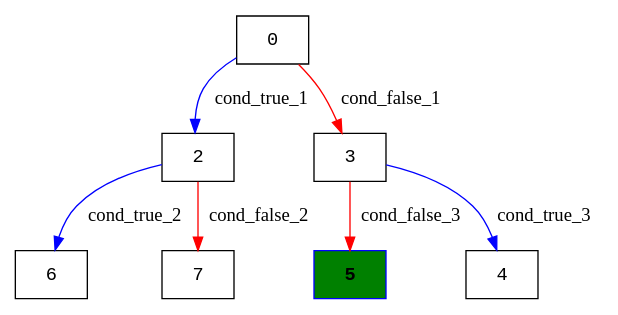
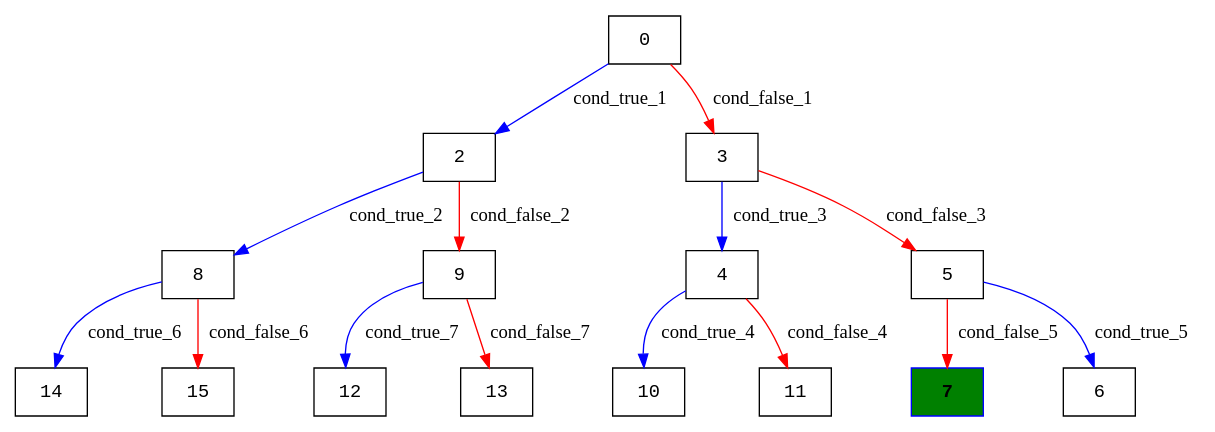
One commit to Research-Tools-PAVT/PSE-Program-Examples changed the diagram in klee_results/freivalds_int_all_processed/freivalds_int_all_execution_tree.dot. Above: the diagram before and after it, drawn with Graphviz. The commit also changed 69 other files, not shown here.

```diff
--- a/klee_results/freivalds_int_all_processed/freivalds_int_all_execution_tree.dot
+++ b/klee_results/freivalds_int_all_processed/freivalds_int_all_execution_tree.dot
@@ -1,10 +1,18 @@
 digraph ExecutionTree {
 	node [color=black fontname=Courier height=.5 shape=record]
-	5 [color=blue, fillcolor=green, style=filled, fontcolor=black, fontname="Courier-Bold"]
+	7 [color=blue, fillcolor=green, style=filled, fontcolor=black, fontname="Courier-Bold"]
 	0 -> 2 [label=cond_true_1 color=blue]
 	0 -> 3 [label=cond_false_1 color=red]
-	2 -> 6 [label=cond_true_2 color=blue]
-	2 -> 7 [label=cond_false_2 color=red]
+	2 -> 8 [label=cond_true_2 color=blue]
+	2 -> 9 [label=cond_false_2 color=red]
 	3 -> 4 [label=cond_true_3 color=blue]
 	3 -> 5 [label=cond_false_3 color=red]
+	8 -> 14 [label=cond_true_6 color=blue]
+	8 -> 15 [label=cond_false_6 color=red]
+	9 -> 12 [label=cond_true_7 color=blue]
+	9 -> 13 [label=cond_false_7 color=red]
+	4 -> 10 [label=cond_true_4 color=blue]
+	4 -> 11 [label=cond_false_4 color=red]
+	5 -> 6 [label=cond_true_5 color=blue]
+	5 -> 7 [label=cond_false_5 color=red]
 }
```
